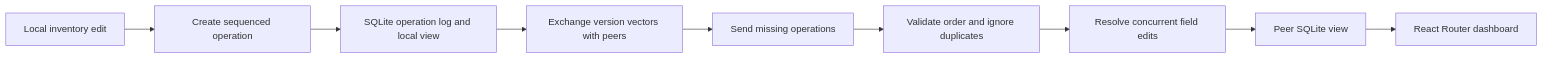
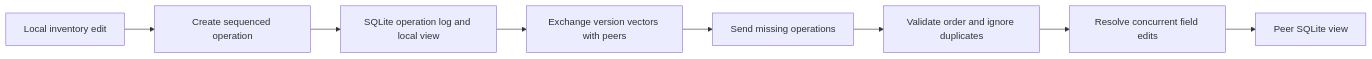
Before and after one commit to nihalmachhi/SyncMesh: the diagram in README.md, drawn with Mermaid. The commit also changed other lines of this file and 23 other files, not shown here.

````diff
--- a/README.md
+++ b/README.md
@@ -18,11 +18,10 @@
 ```mermaid
 flowchart LR
   A[Local inventory edit] --> B[Create sequenced operation]
   B --> C[SQLite operation log and local view]
   C --> D[Exchange version vectors with peers]
   D --> E[Send missing operations]
   E --> F[Validate order and ignore duplicates]
   F --> G[Resolve concurrent field edits]
   G --> H[Peer SQLite view]
-  H --> I[React Router dashboard]
 ```
````
